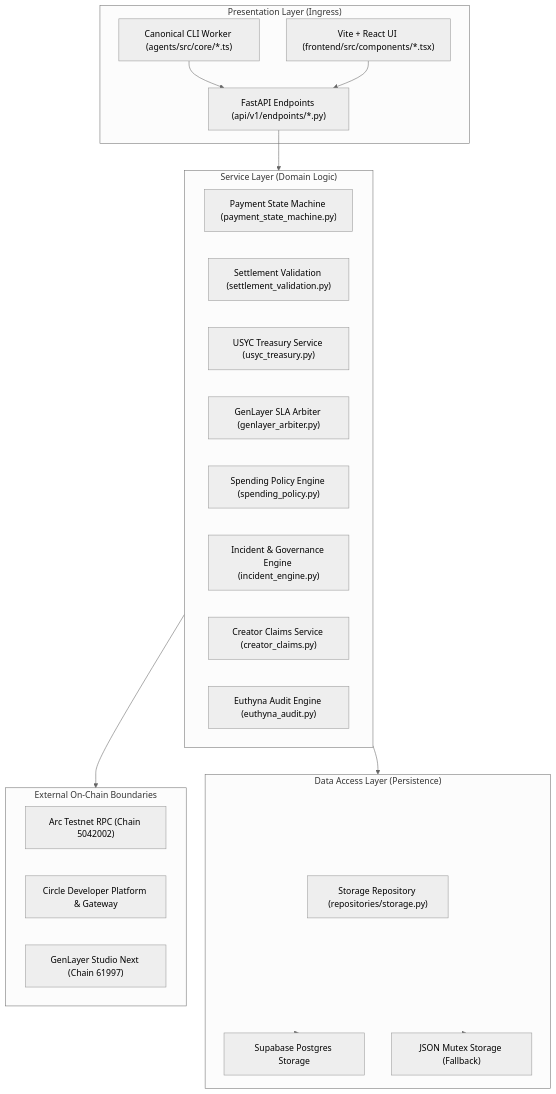
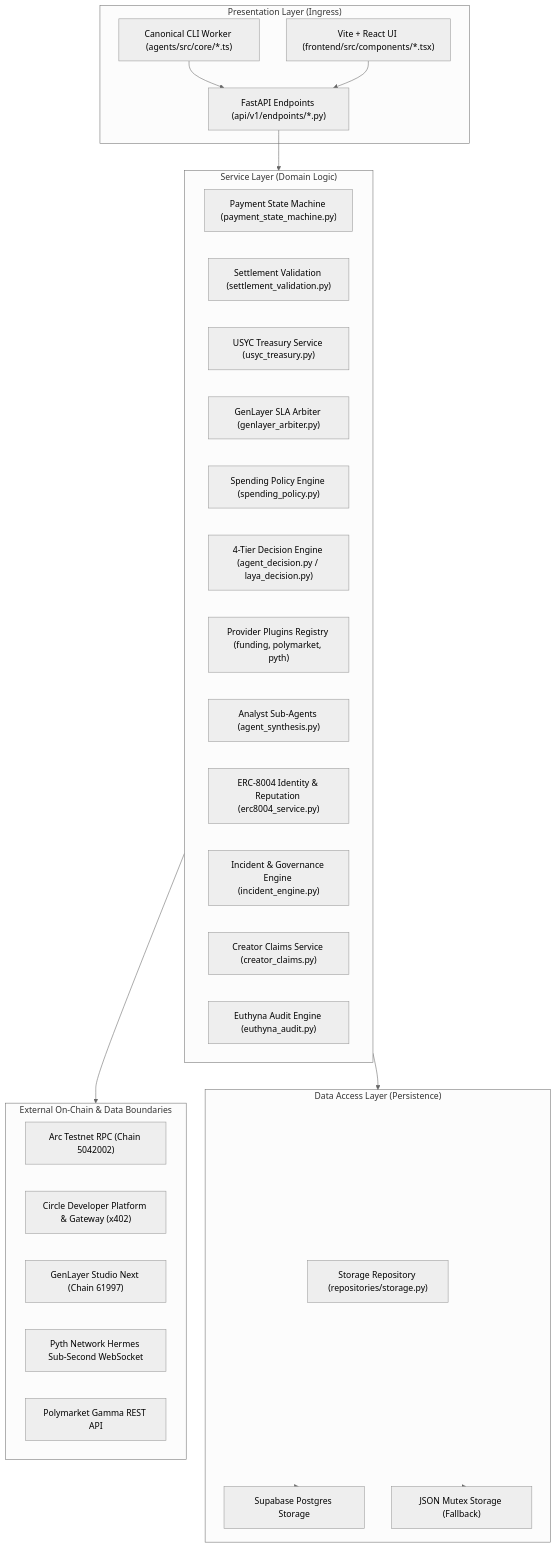
One commit to hoanlv214/genqma changed the first of 7 diagrams in docs/ARCHITECTURE.md. Above: the diagram before and after it, drawn with Mermaid (neutral theme). The commit also changed other lines of this file and 11 other files, not shown here.

````diff
--- a/docs/ARCHITECTURE.md
+++ b/docs/ARCHITECTURE.md
@@ -81,41 +87,47 @@
 ```mermaid
 graph TD
     subgraph PresentationLayer["Presentation Layer (Ingress)"]
         FastAPI_Router["FastAPI Endpoints (api/v1/endpoints/*.py)"]
         Agent_CLI["Canonical CLI Worker (agents/src/core/*.ts)"]
         Web_UI["Vite + React UI (frontend/src/components/*.tsx)"]
     end
 
     subgraph ServiceLayer["Service Layer (Domain Logic)"]
         PaymentSM["Payment State Machine (payment_state_machine.py)"]
         SettlementVal["Settlement Validation (settlement_validation.py)"]
         TreasurySvc["USYC Treasury Service (usyc_treasury.py)"]
         GenLayerSvc["GenLayer SLA Arbiter (genlayer_arbiter.py)"]
         PolicySvc["Spending Policy Engine (spending_policy.py)"]
+        DecisionEngine["4-Tier Decision Engine (agent_decision.py / laya_decision.py)"]
+        ProviderRegistry["Provider Plugins Registry (funding, polymarket, pyth)"]
+        SynthesisSvc["Analyst Sub-Agents (agent_synthesis.py)"]
+        ERC8004Svc["ERC-8004 Identity & Reputation (erc8004_service.py)"]
         IncidentSvc["Incident & Governance Engine (incident_engine.py)"]
         ClaimSvc["Creator Claims Service (creator_claims.py)"]
         AuditEngine["Euthyna Audit Engine (euthyna_audit.py)"]
     end
 
     subgraph DataAccessLayer["Data Access Layer (Persistence)"]
         StorageRepo["Storage Repository (repositories/storage.py)"]
         SupabaseStore["Supabase Postgres Storage"]
         JsonStore["JSON Mutex Storage (Fallback)"]
     end
 
-    subgraph ExternalBoundary["External On-Chain Boundaries"]
+    subgraph ExternalBoundary["External On-Chain & Data Boundaries"]
         ArcRPC["Arc Testnet RPC (Chain 5042002)"]
-        CircleAPI["Circle Developer Platform & Gateway"]
+        CircleAPI["Circle Developer Platform & Gateway (x402)"]
         GenLayerRPC["GenLayer Studio Next (Chain 61997)"]
+        PythHermes["Pyth Network Hermes Sub-Second WebSocket"]
+        PolymarketGamma["Polymarket Gamma REST API"]
     end
 
     FastAPI_Router --> ServiceLayer
     Agent_CLI --> FastAPI_Router
     Web_UI --> FastAPI_Router
 
     ServiceLayer --> DataAccessLayer
     ServiceLayer --> ExternalBoundary
 
     DataAccessLayer --> SupabaseStore
     DataAccessLayer --> JsonStore
 ```
````
